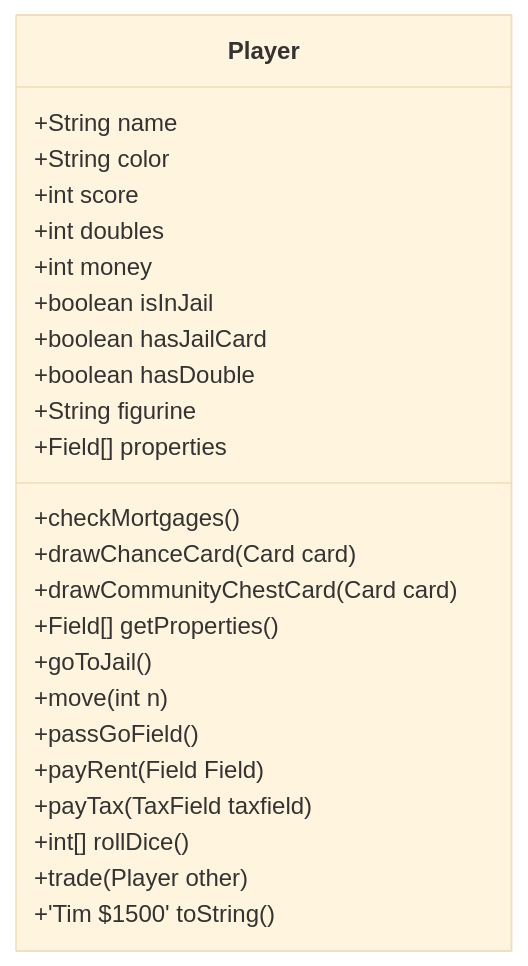
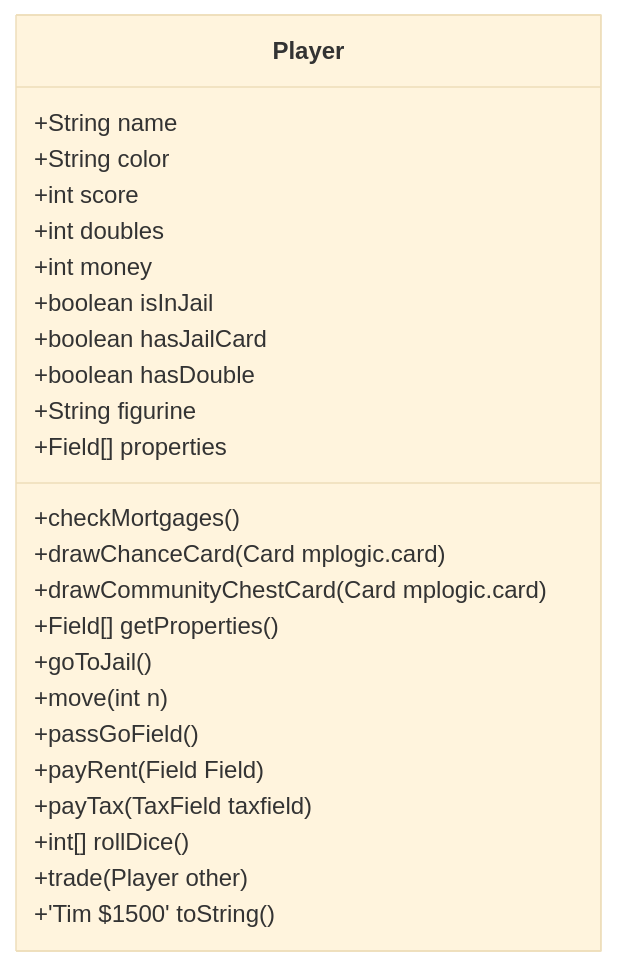
Before and after one commit to mhmFrost/Monopoly: the fourth of 6 diagrams in classdiagram.md, drawn with Mermaid (base theme). The commit also changed other lines of this file and 23 other files, not shown here.

````diff
--- a/classdiagram.md
+++ b/classdiagram.md
@@ -109,27 +109,27 @@
 ```mermaid
 classDiagram
 class Player{
 +String name
 +String color
 +int score
 +int doubles
 +int money
 +boolean isInJail
 +boolean hasJailCard
 +boolean hasDouble
 +String figurine
 +Field[] properties
 +checkMortgages()
-+drawChanceCard(Card card)
-+drawCommunityChestCard(Card card)
++drawChanceCard(Card mplogic.card)
++drawCommunityChestCard(Card mplogic.card)
 +Field[] getProperties()
 +goToJail()
 +move(int n)
 +passGoField()
 +payRent(Field Field)
 +payTax(TaxField taxfield)
 +int[] rollDice()
 +trade(Player other)
 +'Tim $1500' toString()
 }
 ```
````
